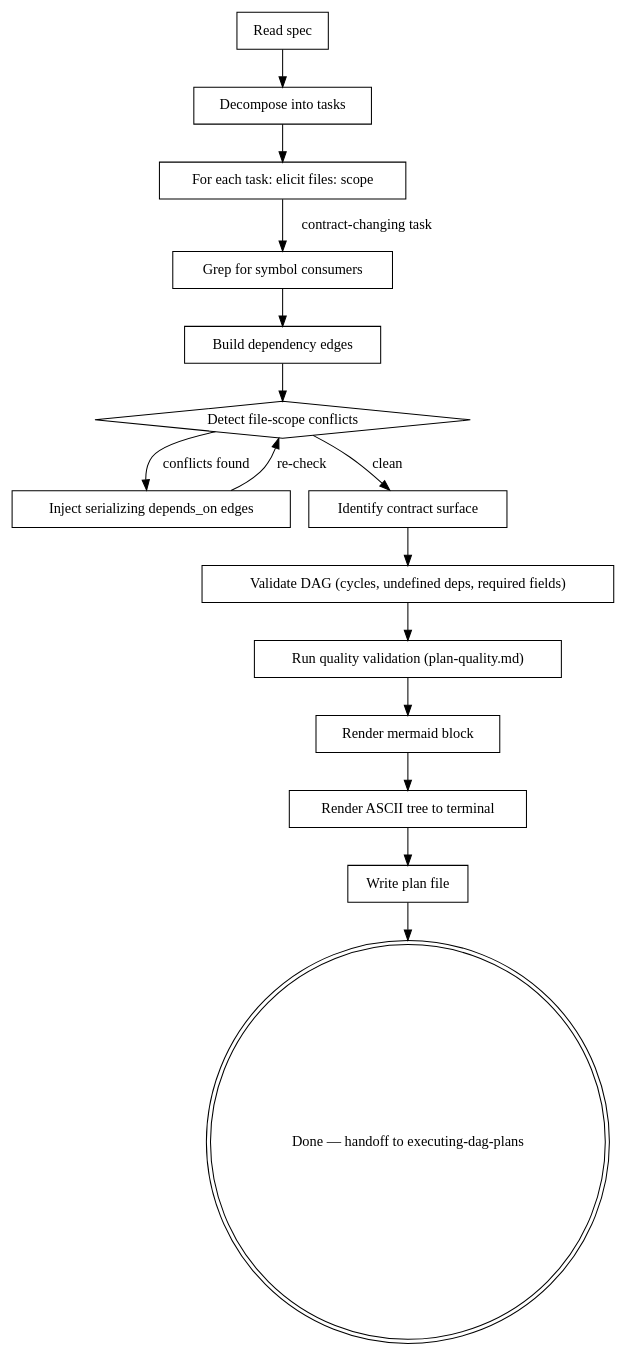
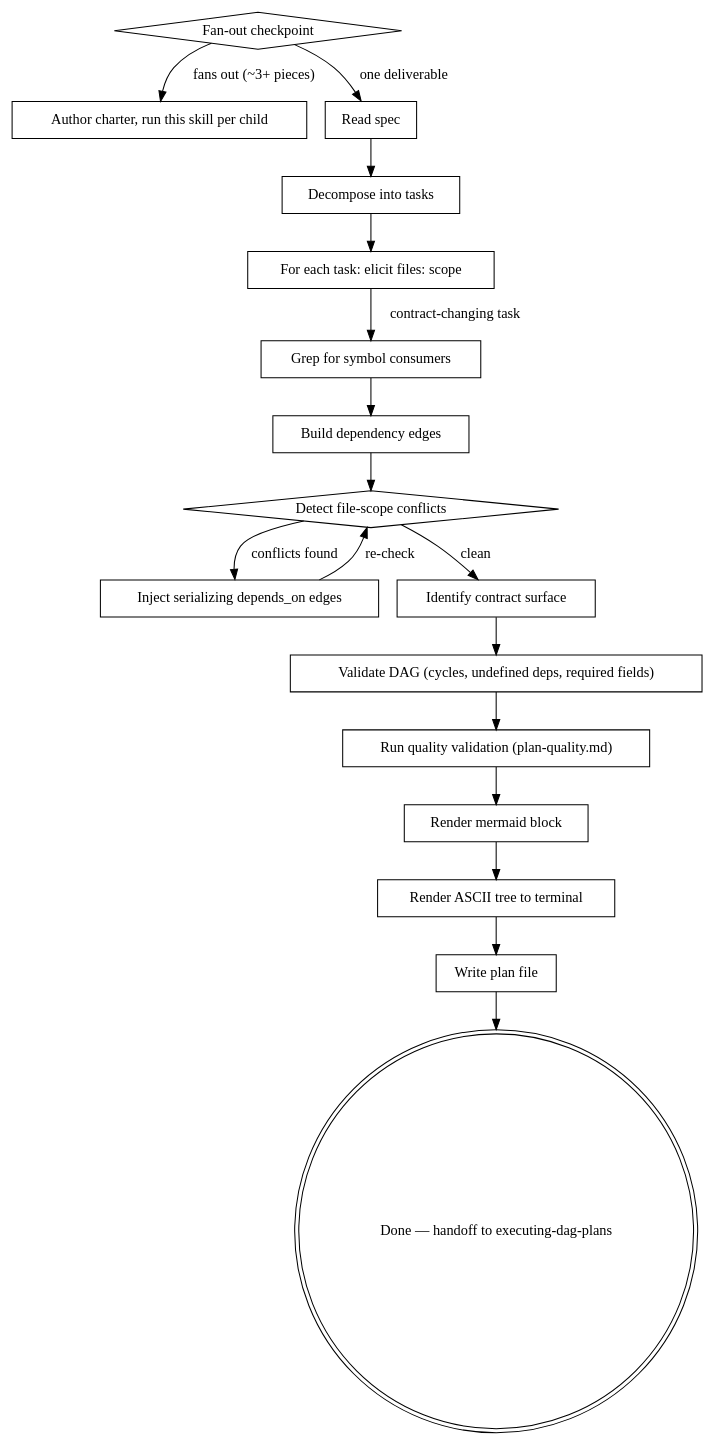
One commit to BrettNye/parallel-dag-execution changed the diagram in skills/writing-dag-plans/SKILL.md. Above: the diagram before and after it, drawn with Graphviz. The commit also changed other lines of this file and 2 other files, not shown here.

First line of the commit message:
feat(writing-dag-plans): add fan-out checkpoint + vendor superspec-charter template

````diff
--- a/skills/writing-dag-plans/SKILL.md
+++ b/skills/writing-dag-plans/SKILL.md
@@ -31,33 +60,37 @@
 ```dot
 digraph writing_dag_plans {
+    "Fan-out checkpoint" [shape=diamond];
+    "Author charter, run this skill per child" [shape=box];
     "Read spec" [shape=box];
     "Decompose into tasks" [shape=box];
     "For each task: elicit files: scope" [shape=box];
     "Build dependency edges" [shape=box];
     "Detect file-scope conflicts" [shape=diamond];
     "Inject serializing depends_on edges" [shape=box];
     "Validate DAG (cycles, undefined deps, required fields)" [shape=box];
     "Render mermaid block" [shape=box];
     "Render ASCII tree to terminal" [shape=box];
     "Write plan file" [shape=box];
     "Done — handoff to executing-dag-plans" [shape=doublecircle];
 
+    "Fan-out checkpoint" -> "Author charter, run this skill per child" [label="fans out (~3+ pieces)"];
+    "Fan-out checkpoint" -> "Read spec" [label="one deliverable"];
     "Read spec" -> "Decompose into tasks";
     "Decompose into tasks" -> "For each task: elicit files: scope";
     "For each task: elicit files: scope" -> "Grep for symbol consumers" [label="contract-changing task"];
     "Grep for symbol consumers" [shape=box];
     "Grep for symbol consumers" -> "Build dependency edges";
     "Build dependency edges" -> "Detect file-scope conflicts";
     "Identify contract surface" [shape=box];
     "Detect file-scope conflicts" -> "Inject serializing depends_on edges" [label="conflicts found"];
     "Detect file-scope conflicts" -> "Identify contract surface" [label="clean"];
     "Inject serializing depends_on edges" -> "Detect file-scope conflicts" [label="re-check"];
     "Identify contract surface" -> "Validate DAG (cycles, undefined deps, required fields)";
     "Validate DAG (cycles, undefined deps, required fields)" -> "Run quality validation (plan-quality.md)";
     "Run quality validation (plan-quality.md)" [shape=box];
     "Run quality validation (plan-quality.md)" -> "Render mermaid block";
     "Render mermaid block" -> "Render ASCII tree to terminal";
     "Render ASCII tree to terminal" -> "Write plan file";
     "Write plan file" -> "Done — handoff to executing-dag-plans";
 }
 ```
````
